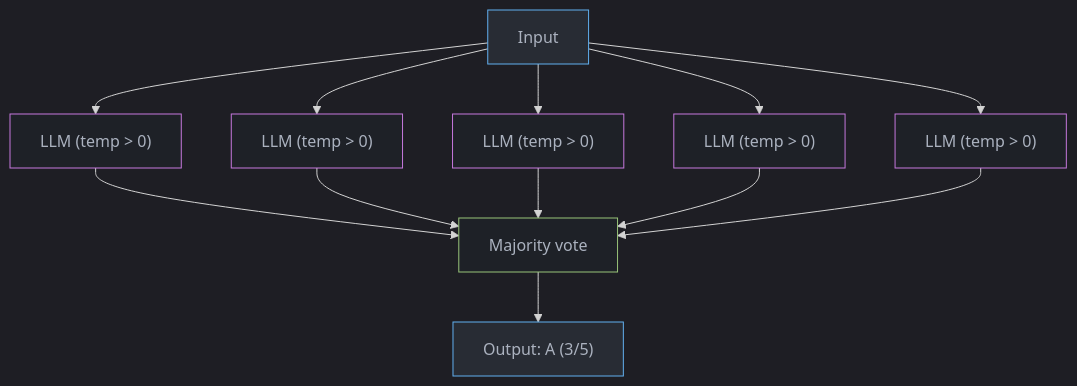
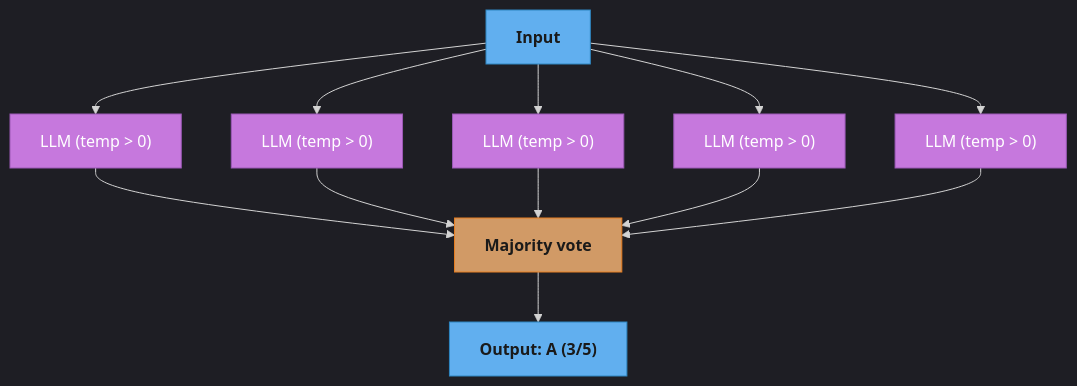
Before and after one commit to rppol/system-design: the fourth of 7 diagrams in src/main/java/com/rutik/systemdesign/llm/agentic_workflow_patterns/README.md, drawn with Mermaid. The commit also changed other lines of this file and 88 other files, not shown here.

````diff
--- a/src/main/java/com/rutik/systemdesign/llm/agentic_workflow_patterns/README.md
+++ b/src/main/java/com/rutik/systemdesign/llm/agentic_workflow_patterns/README.md
@@ -499,19 +510,23 @@
 ```mermaid
 %%{init: {'flowchart': {'curve': 'basis'}, 'theme': 'dark'}}%%
 flowchart TD
-    classDef io   fill:#282c34,stroke:#61afef,color:#abb2bf
-    classDef llm  fill:#1e2127,stroke:#c678dd,color:#abb2bf
-    classDef proc fill:#1e2127,stroke:#98c379,color:#abb2bf
+    classDef io      fill:#61afef,stroke:#2e86c1,color:#1a1a1a,font-weight:bold
+    classDef frozen  fill:#c678dd,stroke:#9b59b6,color:#fff
+    classDef train   fill:#98c379,stroke:#27ae60,color:#1a1a1a
+    classDef mathOp  fill:#d19a66,stroke:#e67e22,color:#1a1a1a,font-weight:bold
+    classDef lossN   fill:#e06c75,stroke:#c0392b,color:#fff,font-weight:bold
+    classDef req     fill:#56b6c2,stroke:#0097a7,color:#1a1a1a
+    classDef base    fill:#e5c07b,stroke:#f39c12,color:#1a1a1a
 
     IN["Input"]
     L1["LLM (temp > 0)"] & L2["LLM (temp > 0)"] & L3["LLM (temp > 0)"] & L4["LLM (temp > 0)"] & L5["LLM (temp > 0)"]
     VOTE["Majority vote"]
     OUT["Output: A (3/5)"]
 
     IN --> L1 & L2 & L3 & L4 & L5
     L1 & L2 & L3 & L4 & L5 --> VOTE --> OUT
 
     class IN,OUT io
-    class L1,L2,L3,L4,L5 llm
-    class VOTE proc
+    class L1,L2,L3,L4,L5 frozen
+    class VOTE mathOp
 ```
````
